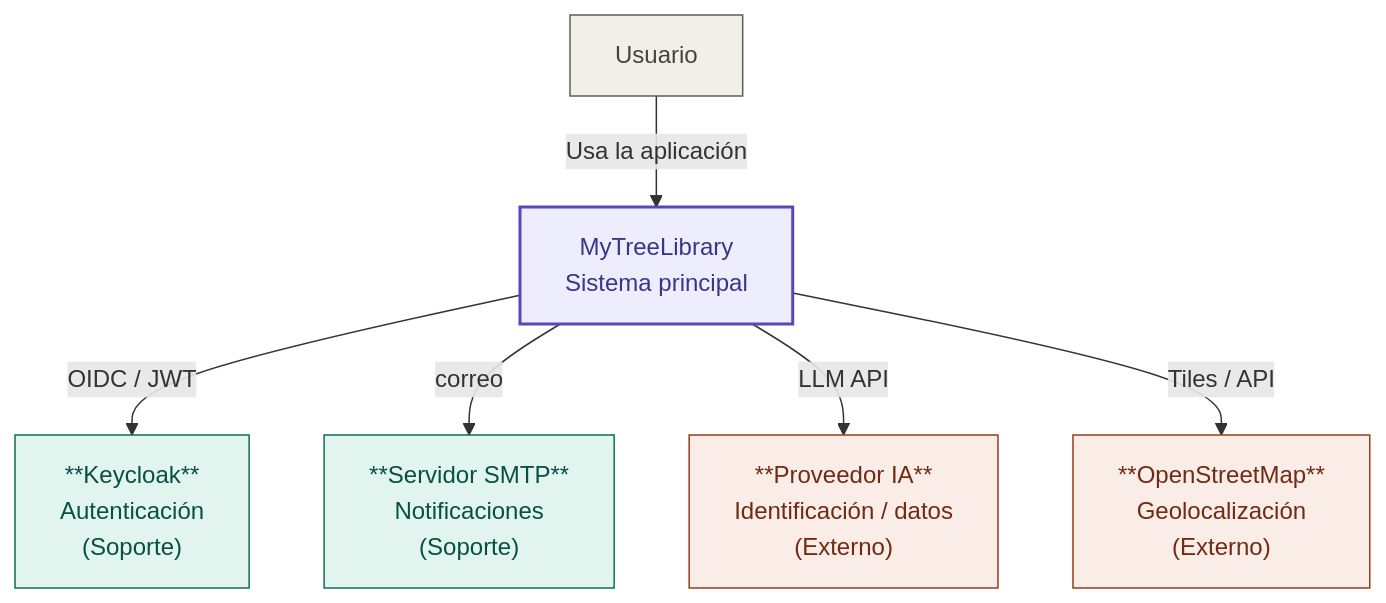
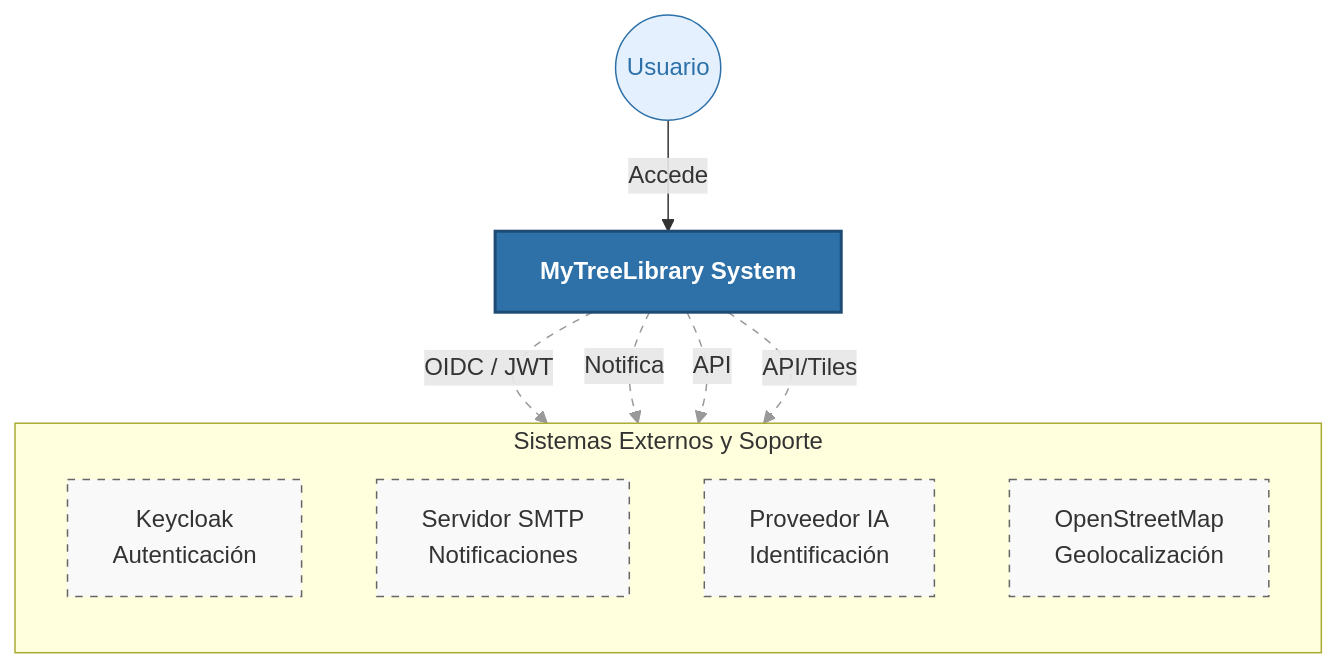
One commit to LIDR-academy/AI4Devs-finalproject changed the first of 18 diagrams in readme.md. Above: the diagram before and after it, drawn with Mermaid. The commit also changed 1 other file, not shown here.

Commit message:
Mejoras diseño C1

````diff
--- a/readme.md
+++ b/readme.md
@@ -79,25 +79,33 @@
 ```mermaid
 flowchart TB
-  U[Usuario]
-  S[MyTreeLibrary<br/>Sistema principal]
-  KC["**Keycloak**<br/>Autenticación<br/>(Soporte)"]
-  SMTP["**Servidor SMTP**<br/>Notificaciones<br/>(Soporte)"]
-  PIA["**Proveedor IA**<br/>Identificación / datos<br/>(Externo)"]
-  MAP["**OpenStreetMap**<br/>Geolocalización<br/>(Externo)"] 
-  U -->|Usa la aplicación| S
-  S -->|OIDC / JWT| KC
-  S -->|correo| SMTP
-  S -->|LLM API| PIA
-  S -->|Tiles / API| MAP
+    %% Configuración de estilo global
+    classDef system fill:#2D71A8,stroke:#1E4B73,stroke-width:2px,color:#FFFFFF,font-weight:bold
+    classDef external fill:#F9F9F9,stroke:#666666,stroke-width:1px,stroke-dasharray: 5 5,color:#333
+    classDef user fill:#E5F0FF,stroke:#2D71A8,stroke-width:1px,color:#2D71A8,stroke-dasharray: 0
 
-  classDef sistema fill:#EEEDFE,stroke:#534AB7,stroke-width:2px,color:#3C3489
-  classDef soporte fill:#E1F5EE,stroke:#0F6E56,stroke-width:1px,color:#085041
-  classDef externo fill:#FAECE7,stroke:#993C1D,stroke-width:1px,color:#712B13
-  classDef usuario fill:#F1EFE8,stroke:#5F5E5A,stroke-width:1px,color:#444441
+    %% Nodo Usuario (Forma circular para denotar persona)
+    U((Usuario)):::user
 
-  class S sistema
-  class KC,SMTP soporte
-  class PIA,MAP externo
-  class U usuario
+    %% Nodo Sistema (El protagonista)
+    S[MyTreeLibrary System]:::system
+
+    %% Agrupación de dependencias para limpieza visual
+    subgraph Dependencias [Sistemas Externos y Soporte]
+        direction TB
+        KC["Keycloak<br/>Autenticación"]:::external
+        SMTP["Servidor SMTP<br/>Notificaciones"]:::external
+        PIA["Proveedor IA<br/>Identificación"]:::external
+        MAP["OpenStreetMap<br/>Geolocalización"]:::external
+    end
+
+    %% Relaciones
+    U -->|Accede| S
+    S -->|OIDC / JWT| KC
+    S -->|Notifica| SMTP
+    S -->|API| PIA
+    S -->|API/Tiles| MAP
+
+    %% Estilos de las líneas (opcional: hacer más delgadas las líneas externas)
+    linkStyle 1,2,3,4 stroke:#999,stroke-width:1px,stroke-dasharray: 5 5
 
 ```
````
